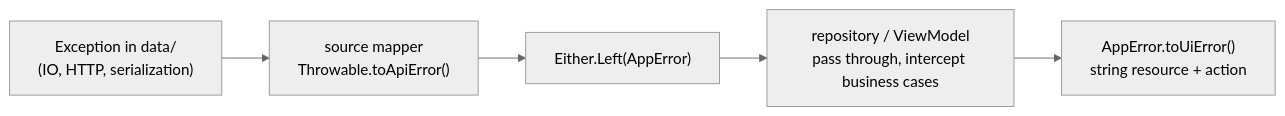
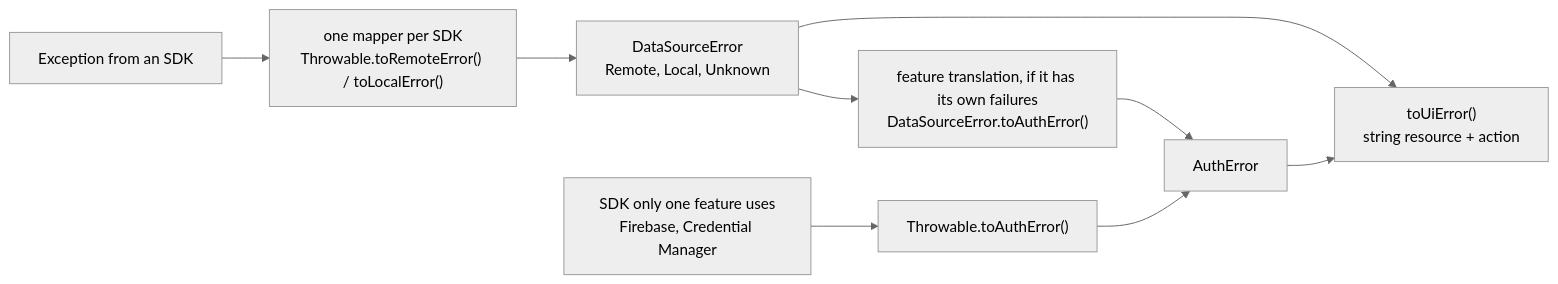
One commit to dthuy62/jobflow changed the fifth of 5 diagrams in android/docs/system-architecture.md. Above: the diagram before and after it, drawn with Mermaid (neutral theme). The commit also changed other lines of this file and 63 other files, not shown here.

First line of the commit message:
refactor(android): translate errors at three boundaries from one DataSourceError

````diff
--- a/android/docs/system-architecture.md
+++ b/android/docs/system-architecture.md
@@ -161,7 +161,11 @@
 ```mermaid
 flowchart LR
-    X["Exception in data/<br/>(IO, HTTP, serialization)"] --> M["source mapper<br/>Throwable.toApiError()"]
-    M --> L["Either.Left(AppError)"]
-    L --> P["repository / ViewModel<br/>pass through, intercept business cases"]
-    P --> U["AppError.toUiError()<br/>string resource + action"]
+    X["Exception from an SDK"] --> M["one mapper per SDK<br/>Throwable.toRemoteError() / toLocalError()"]
+    M --> D["DataSourceError<br/>Remote, Local, Unknown"]
+    D --> F["feature translation, if it has its own failures<br/>DataSourceError.toAuthError()"]
+    O["SDK only one feature uses<br/>Firebase, Credential Manager"] --> F2["Throwable.toAuthError()"]
+    F --> E["AuthError"]
+    F2 --> E
+    D --> U["toUiError()<br/>string resource + action"]
+    E --> U
 ```
````
